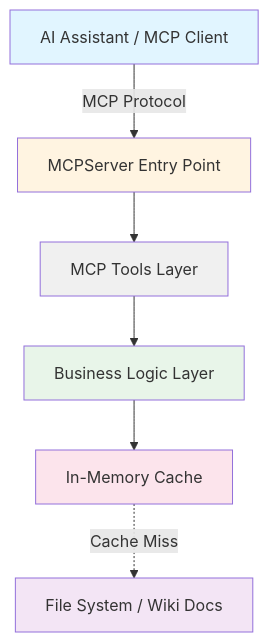
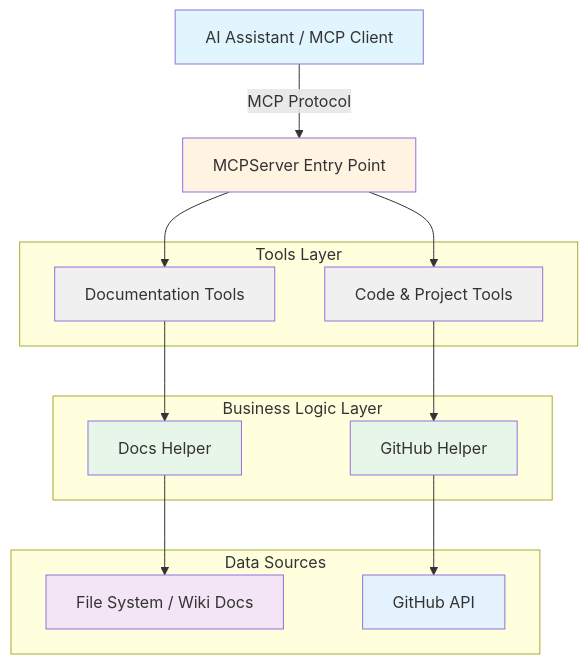
The first of 5 diagrams in packages/docs/wiki/references/src-details/mcp-server.md (VENIZIA-AI/ignis), drawn with Mermaid before and after one commit. The commit also changed other lines of this file and 47 other files, not shown here.

Commit message:
feat: add more remote MCP tools to examine GH code, update docs, add custom binding keys

````diff
--- a/packages/docs/wiki/references/src-details/mcp-server.md
+++ b/packages/docs/wiki/references/src-details/mcp-server.md
@@ -11,22 +11,39 @@
 ```mermaid
 graph TB
     AI[AI Assistant / MCP Client]
     MCP[MCPServer Entry Point]
-    Tools[MCP Tools Layer]
-    Helpers[Business Logic Layer]
-    Cache[In-Memory Cache]
-    FS[File System / Wiki Docs]
+    
+    subgraph ToolLayer [Tools Layer]
+        DocsTools[Documentation Tools]
+        CodeTools[Code & Project Tools]
+    end
+    
+    subgraph LogicLayer [Business Logic Layer]
+        DocsHelper[Docs Helper]
+        GitHubHelper[GitHub Helper]
+    end
+    
+    subgraph DataLayer [Data Sources]
+        FS[File System / Wiki Docs]
+        GitHubAPI[GitHub API]
+    end
 
     AI -->|MCP Protocol| MCP
-    MCP --> Tools
-    Tools --> Helpers
-    Helpers --> Cache
-    Cache -.->|Cache Miss| FS
+    MCP --> DocsTools
+    MCP --> CodeTools
+    
+    DocsTools --> DocsHelper
+    CodeTools --> GitHubHelper
+    
+    DocsHelper --> FS
+    GitHubHelper --> GitHubAPI
 
     style AI fill:#e1f5ff
     style MCP fill:#fff4e1
-    style Tools fill:#f0f0f0
-    style Helpers fill:#e8f5e9
-    style Cache fill:#fce4ec
+    style DocsTools fill:#f0f0f0
+    style CodeTools fill:#f0f0f0
+    style DocsHelper fill:#e8f5e9
+    style GitHubHelper fill:#e8f5e9
     style FS fill:#f3e5f5
+    style GitHubAPI fill:#e3f2fd
 ```
````
